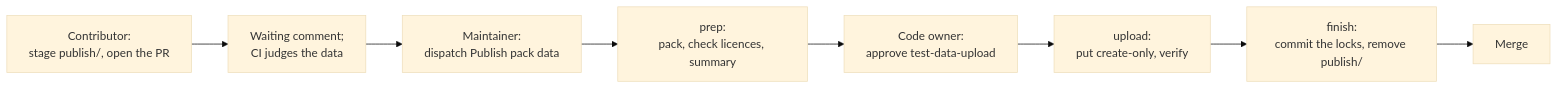
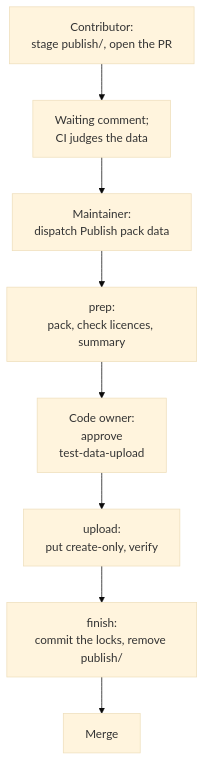
One commit to neralabs/rerail changed the diagram in docs/upstream.md. Above: the diagram before and after it, drawn with Mermaid (base theme). The commit also changed other lines of this file and 7 other files, not shown here.

````diff
--- a/docs/upstream.md
+++ b/docs/upstream.md
@@ -321,10 +321,10 @@
 ```mermaid
-flowchart LR
+flowchart TD
   A["Contributor:<br/>stage publish/, open the PR"] --> B["Waiting comment;<br/>CI judges the data"]
   B --> C["Maintainer:<br/>dispatch Publish pack data"]
   C --> D["prep:<br/>pack, check licences, summary"]
-  D --> E["Code owner:<br/>approve test-data-upload"]
+  D --> E["Code owner:<br/>approve<br/>test-data-upload"]
   E --> F["upload:<br/>put create-only, verify"]
   F --> G["finish:<br/>commit the locks, remove publish/"]
   G --> H["Merge"]
 ```
````
